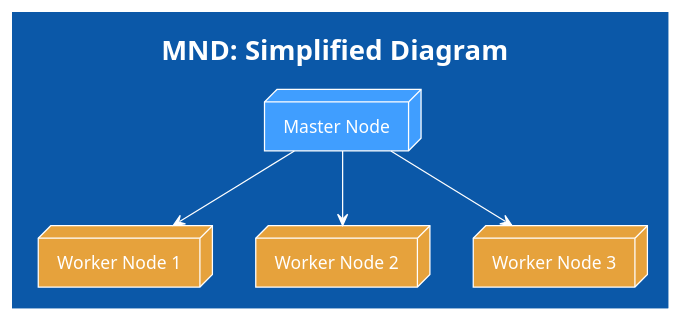
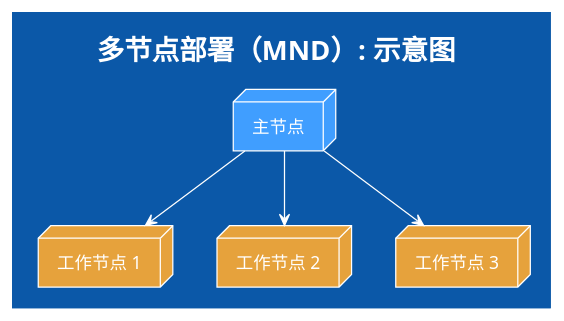
One commit to crawlab-team/crawlab-docs changed the second of 3 diagrams in docs/zh/pro/installation.md. Above: the diagram before and after it, drawn with PlantUML. The commit also changed other lines of this file and 38 other files, not shown here.

```diff
--- a/docs/zh/pro/installation.md
+++ b/docs/zh/pro/installation.md
@@ -95,14 +95,14 @@
 @startuml
 !theme amiga
 
-title MND: Simplified Diagram
+title 多节点部署（MND）: 示意图
 
-node #409eff "Master Node" as mn
-node #e6a23c "Worker Node 1" as wn1
-node #e6a23c "Worker Node 2" as wn2
-node #e6a23c "Worker Node 3" as wn3
+node #409eff "主节点" as mn
+node #e6a23c "工作节点 1" as wn1
+node #e6a23c "工作节点 2" as wn2
+node #e6a23c "工作节点 3" as wn3
 
 mn -down->wn1
 mn -down->wn2
 mn -down->wn3
 @enduml
```
